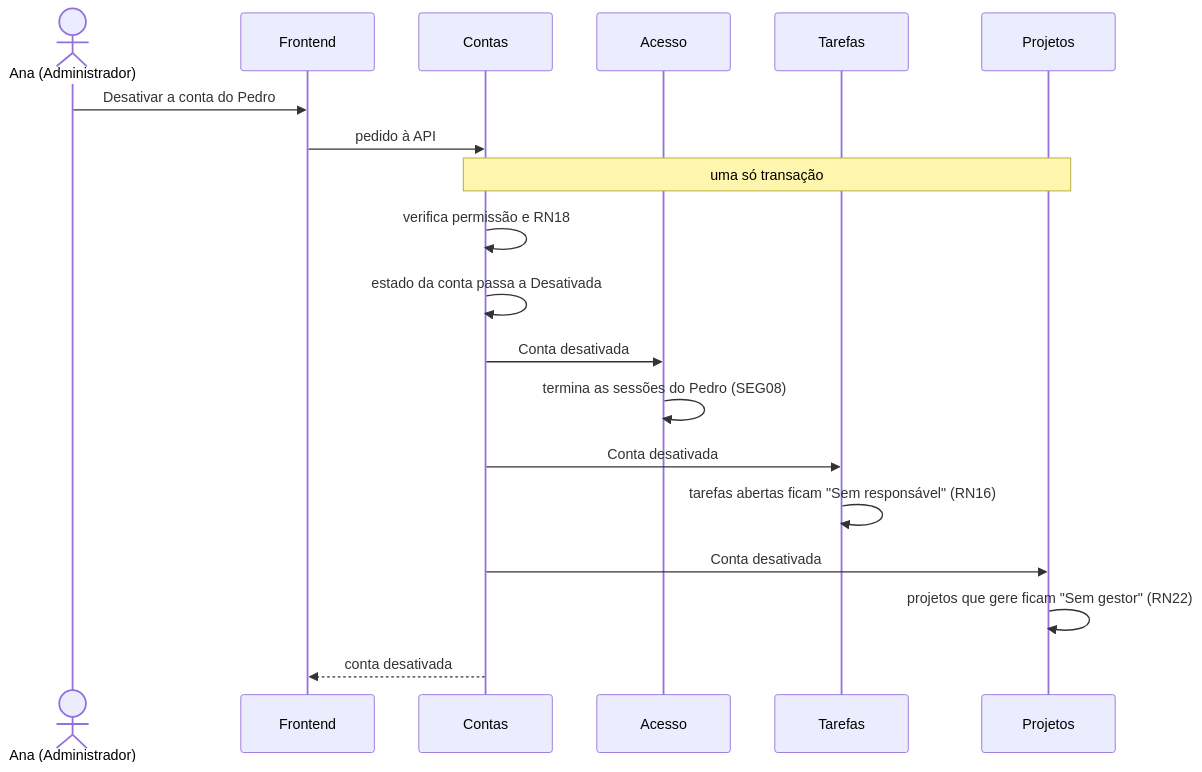
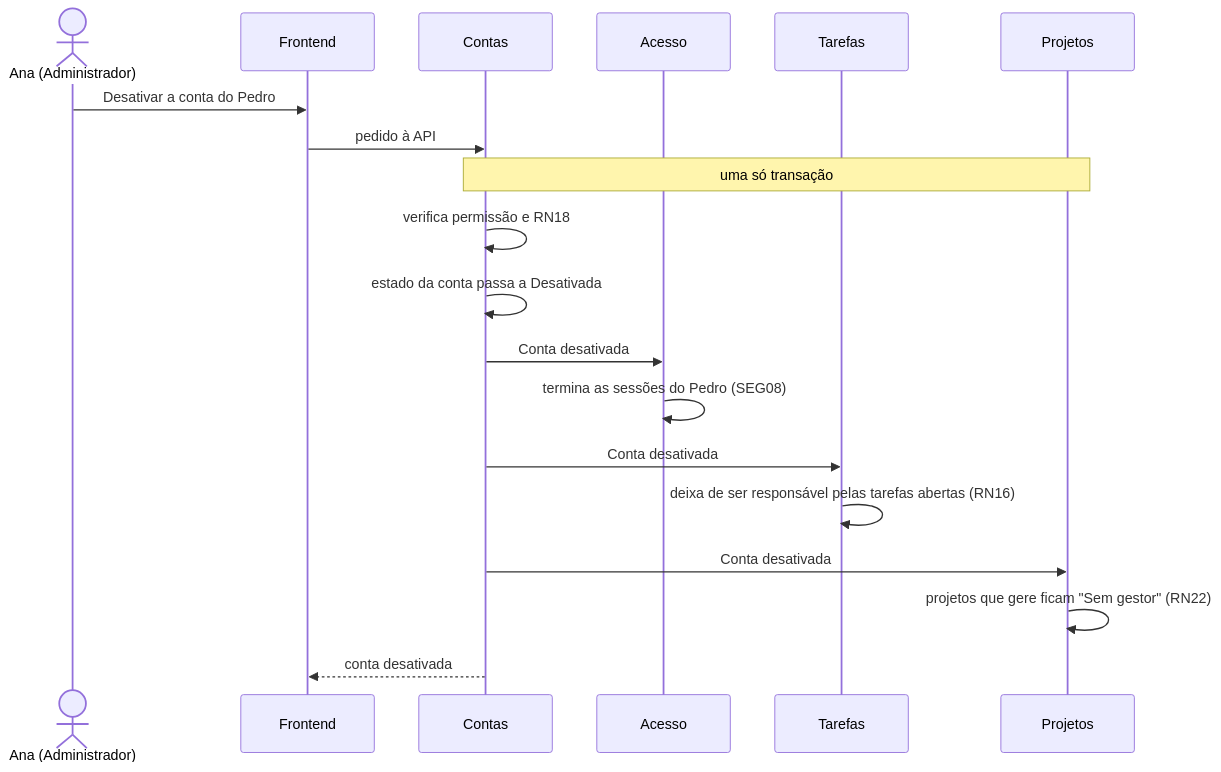
The third of 4 diagrams in docs/architecture.md (vapreace/ai-power-software-engineering-matrix), drawn with Mermaid before and after one commit. The commit also changed other lines of this file and 11 other files, not shown here.

````diff
--- a/docs/architecture.md
+++ b/docs/architecture.md
@@ -201,21 +202,21 @@
 ```mermaid
 sequenceDiagram
     actor Ana as Ana (Administrador)
     participant F as Frontend
     participant C as Contas
     participant Ac as Acesso
     participant T as Tarefas
     participant P as Projetos
     Ana->>F: Desativar a conta do Pedro
     F->>C: pedido à API
     Note over C,P: uma só transação
     C->>C: verifica permissão e RN18
     C->>C: estado da conta passa a Desativada
     C->>Ac: Conta desativada
     Ac->>Ac: termina as sessões do Pedro (SEG08)
     C->>T: Conta desativada
-    T->>T: tarefas abertas ficam "Sem responsável" (RN16)
+    T->>T: deixa de ser responsável pelas tarefas abertas (RN16)
     C->>P: Conta desativada
     P->>P: projetos que gere ficam "Sem gestor" (RN22)
     C-->>F: conta desativada
 ```
````
